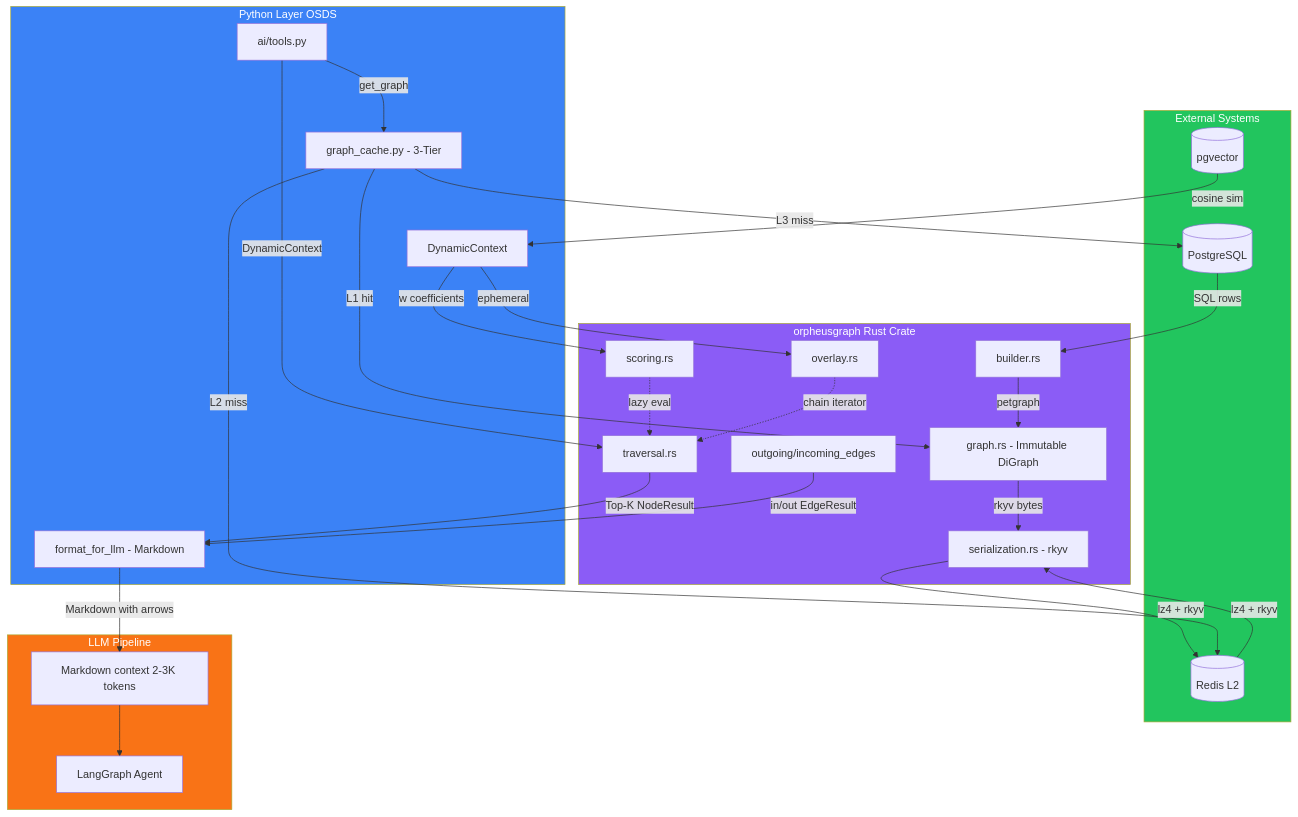
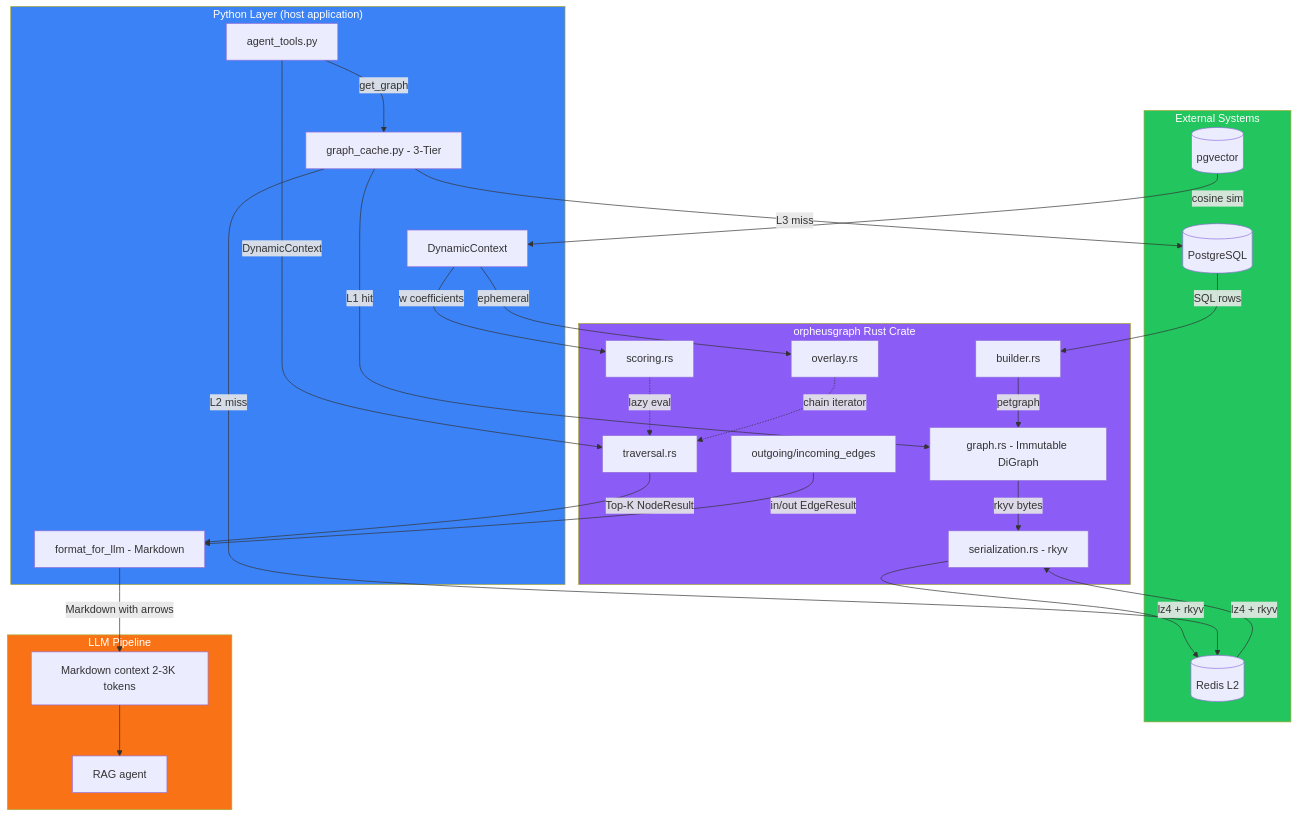
Before and after one commit to Mad1ay/orpheusgraph: the first of 7 diagrams in docs/diagrams.md, drawn with Mermaid. The commit also changed 12 other files, not shown here.

````diff
--- a/docs/diagrams.md
+++ b/docs/diagrams.md
@@ -5,59 +5,59 @@
 ```mermaid
 graph TB
     subgraph External["External Systems"]
         DB[("PostgreSQL")]
         Redis[("Redis L2")]
         PGV[("pgvector")]
     end
 
     subgraph OrpheusGraph["orpheusgraph Rust Crate"]
         Builder["builder.rs"]
         Graph["graph.rs - Immutable DiGraph"]
         Traversal["traversal.rs"]
         Scoring["scoring.rs"]
         Overlay["overlay.rs"]
         Serialization["serialization.rs - rkyv"]
         Edges["outgoing/incoming_edges"]
     end
 
-    subgraph Python["Python Layer OSDS"]
+    subgraph Python["Python Layer (host application)"]
         Cache["graph_cache.py - 3-Tier"]
-        Tools["ai/tools.py"]
+        Tools["agent_tools.py"]
         Context["DynamicContext"]
         Format["format_for_llm - Markdown"]
     end
 
     subgraph LLM["LLM Pipeline"]
-        Agent["LangGraph Agent"]
+        Agent["RAG agent"]
         Prompt["Markdown context 2-3K tokens"]
     end
 
     DB -->|"SQL rows"| Builder
     Builder -->|"petgraph"| Graph
     Graph -->|"rkyv bytes"| Serialization
     Serialization -->|"lz4 + rkyv"| Redis
     Redis -->|"lz4 + rkyv"| Serialization
 
     Cache -->|"L1 hit"| Graph
     Cache -->|"L2 miss"| Redis
     Cache -->|"L3 miss"| DB
 
     PGV -->|"cosine sim"| Context
     Context -->|"ephemeral"| Overlay
     Context -->|"w coefficients"| Scoring
 
     Tools -->|"get_graph"| Cache
     Tools -->|"DynamicContext"| Traversal
     Traversal -->|"Top-K NodeResult"| Format
     Edges -->|"in/out EdgeResult"| Format
     Scoring -.->|"lazy eval"| Traversal
     Overlay -.->|"chain iterator"| Traversal
 
     Format -->|"Markdown with arrows"| Prompt
     Prompt --> Agent
 
     style OrpheusGraph fill:#8b5cf6,color:#fff
     style Python fill:#3b82f6,color:#fff
     style External fill:#22c55e,color:#fff
     style LLM fill:#f97316,color:#fff
 ```
````
